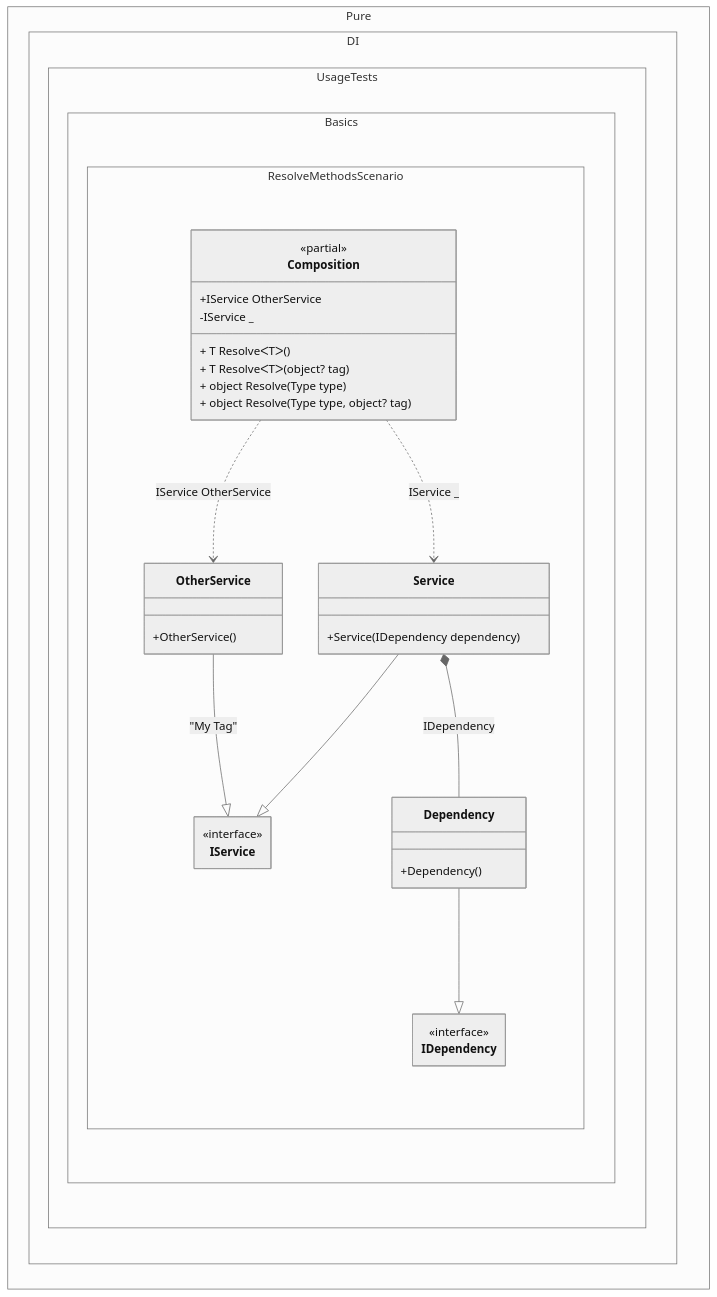
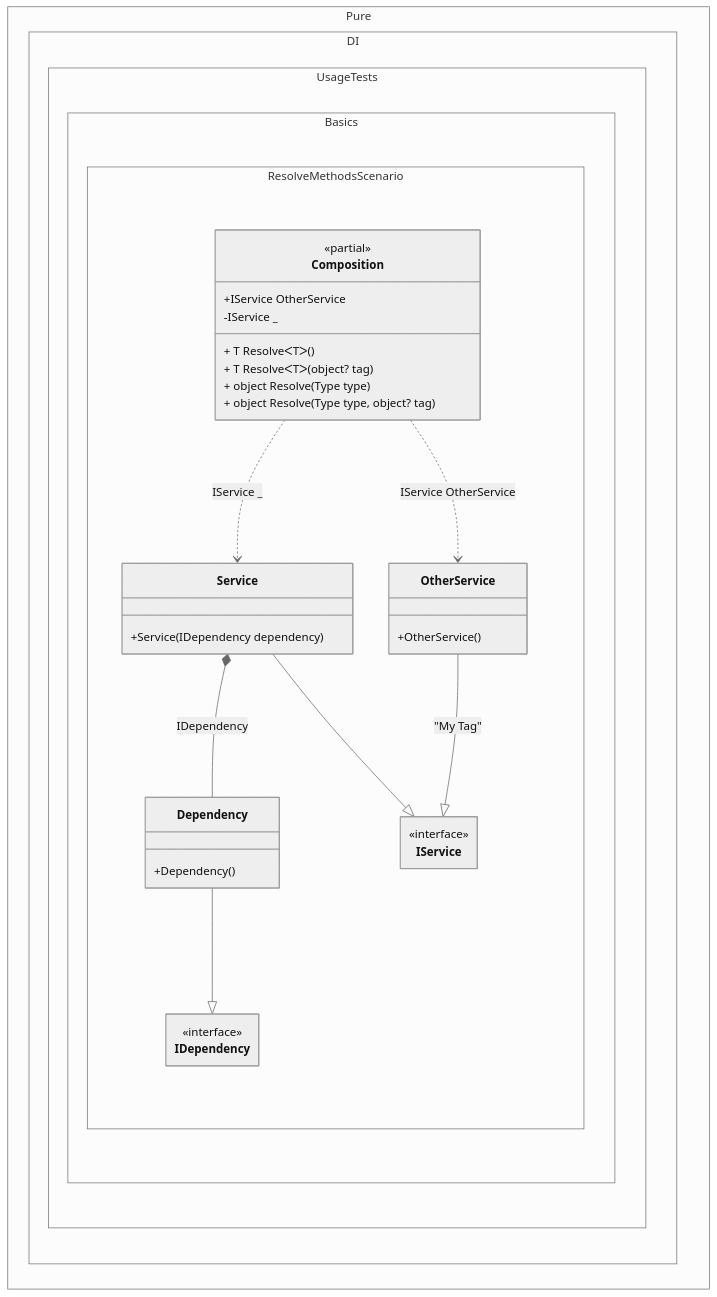
One commit to DevTeam/Pure.DI changed the diagram in readme/resolve-methods.md. Above: the diagram before and after it, drawn with Mermaid (neutral theme). The commit also changed other lines of this file and 113 other files, not shown here.

````diff
--- a/readme/resolve-methods.md
+++ b/readme/resolve-methods.md
@@ -236,40 +236,40 @@
 ```mermaid
 ---
  config:
   class:
    hideEmptyMembersBox: true
 ---
 classDiagram
+	Dependency --|> IDependency
+	Service --|> IService
 	OtherService --|> IService : "My Tag" 
-	Service --|> IService
-	Dependency --|> IDependency
 	Composition ..> OtherService : IService OtherService
 	Composition ..> Service : IService _
 	Service *--  Dependency : IDependency
 	namespace Pure.DI.UsageTests.Basics.ResolveMethodsScenario {
 		class Composition {
 		<<partial>>
 		+IService OtherService
 		-IService _
 		+ T ResolveᐸTᐳ()
 		+ T ResolveᐸTᐳ(object? tag)
 		+ object Resolve(Type type)
 		+ object Resolve(Type type, object? tag)
 		}
 		class Dependency {
 			+Dependency()
 		}
 		class IDependency {
 			<<interface>>
 		}
 		class IService {
 			<<interface>>
 		}
 		class OtherService {
 			+OtherService()
 		}
 		class Service {
 			+Service(IDependency dependency)
 		}
 	}
 ```
````
